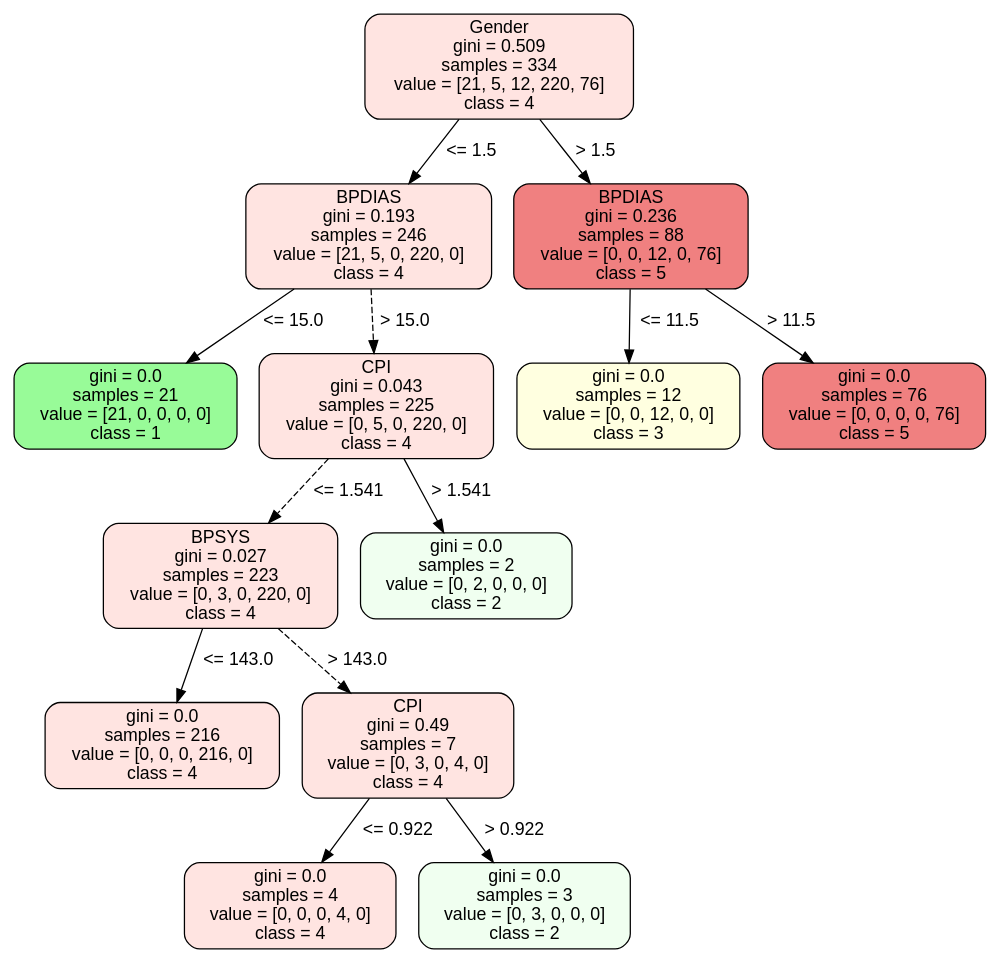
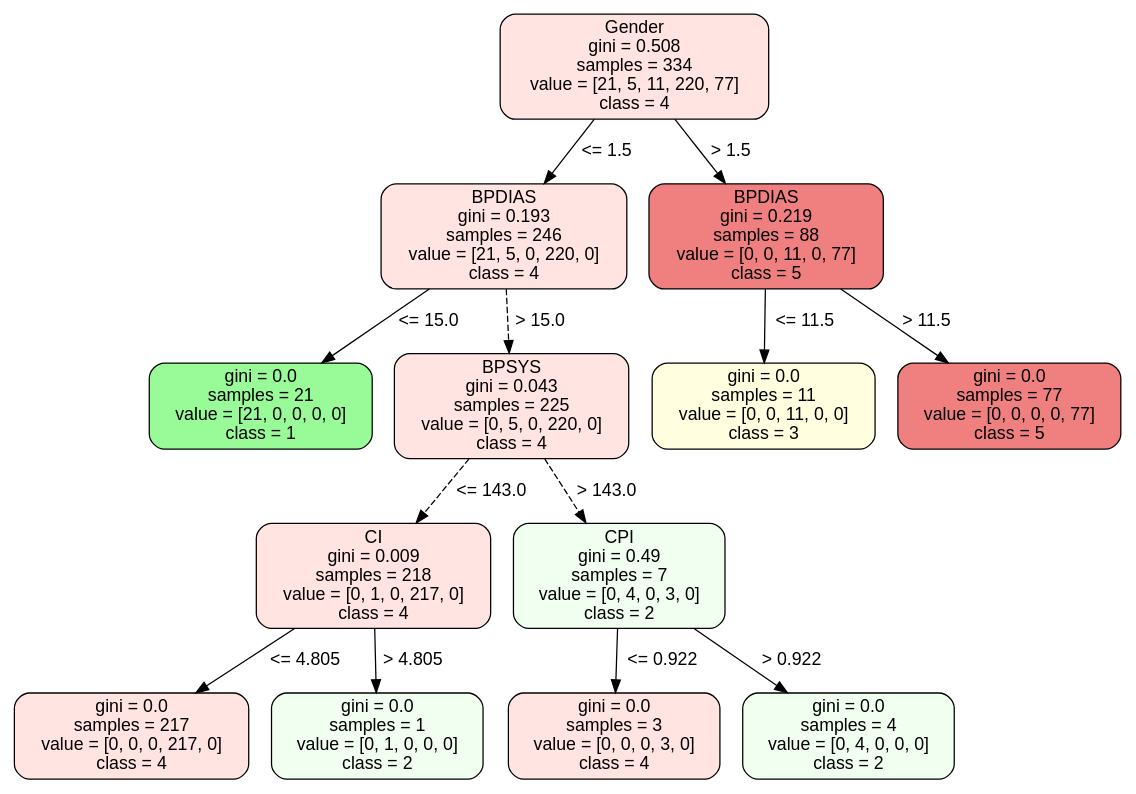
The diagram in TreeFiles/AC_Hemo_Death.dot (jozieLamp/CARNA), drawn with Graphviz before and after one commit. The commit also changed 26 other files, not shown here.

```diff
--- a/TreeFiles/AC_Hemo_Death.dot
+++ b/TreeFiles/AC_Hemo_Death.dot
@@ -1,151 +1,151 @@
 strict digraph Tree {
-	graph [bb="0,0,651,738"];
+	graph [bb="0,0,744,604"];
 	node [color=black,
 		fontname=helvetica,
 		label="\N",
 		shape=box,
 		style="filled, rounded"
 	];
 	edge [fontname=helvetica];
 	0	[fillcolor=mistyrose,
 		height=1.1528,
-		label="Gender\ngini = 0.509\nsamples = 334\nvalue = [21, 5, 12, 220, 76]\nclass = 4",
-		pos="325.5,696.5",
+		label="Gender\ngini = 0.508\nsamples = 334\nvalue = [21, 5, 11, 220, 77]\nclass = 4",
+		pos="418.5,562.5",
 		width=2.4583];
 	1	[fillcolor=mistyrose,
 		height=1.1528,
 		label="BPDIAS\ngini = 0.193\nsamples = 246\nvalue = [21, 5, 0, 220, 0]\nclass = 4",
-		pos="237.5,562.5",
+		pos="330.5,428.5",
 		width=2.25];
 	0 -> 1	[label="<= 1.5",
 		labelangle=45,
 		labeldistance=2.5,
-		lp="304.5,629.5",
+		lp="397.5,495.5",
 		op="<=",
 		param=1.5,
-		pos="e,264.68,604.27 298.38,654.82 289.51,641.52 279.57,626.6 270.33,612.74",
+		pos="e,357.68,470.27 391.38,520.82 382.51,507.52 372.57,492.6 363.33,478.74",
 		style=solid];
 	10	[fillcolor=lightcoral,
 		height=1.1528,
-		label="BPDIAS\ngini = 0.236\nsamples = 88\nvalue = [0, 0, 12, 0, 76]\nclass = 5",
-		pos="414.5,562.5",
+		label="BPDIAS\ngini = 0.219\nsamples = 88\nvalue = [0, 0, 11, 0, 77]\nclass = 5",
+		pos="507.5,428.5",
 		width=2.1528];
 	0 -> 10	[label="> 1.5",
 		labelangle=-45,
 		labeldistance=2.5,
-		lp="389,629.5",
+		lp="482,495.5",
 		op=">",
 		param=1.5,
-		pos="e,387.01,604.27 352.93,654.82 361.9,641.52 371.95,626.6 381.3,612.74",
+		pos="e,480.01,470.27 445.93,520.82 454.9,507.52 464.95,492.6 474.3,478.74",
 		style=solid];
 	2	[fillcolor=palegreen,
 		height=0.94444,
 		label="gini = 0.0\nsamples = 21\nvalue = [21, 0, 0, 0, 0]\nclass = 1",
-		pos="73.5,428.5",
+		pos="166.5,294.5",
 		width=2.0417];
 	1 -> 2	[label="<= 15.0",
-		lp="184,495.5",
+		lp="277,361.5",
 		op="<=",
 		param=15.0,
-		pos="e,114.54,462.53 186.96,520.82 166.43,504.3 142.81,485.29 122.46,468.9",
+		pos="e,207.54,328.53 279.96,386.82 259.43,370.3 235.81,351.29 215.46,334.9",
 		style=solid];
 	3	[fillcolor=mistyrose,
 		height=1.1528,
-		label="CPI\ngini = 0.043\nsamples = 225\nvalue = [0, 5, 0, 220, 0]\nclass = 4",
-		pos="242.5,428.5",
+		label="BPSYS\ngini = 0.043\nsamples = 225\nvalue = [0, 5, 0, 220, 0]\nclass = 4",
+		pos="335.5,294.5",
 		width=2.1528];
 	1 -> 3	[label="> 15.0",
-		lp="260,495.5",
+		lp="353,361.5",
 		op=">",
 		param=15.0,
-		pos="e,240.96,470.27 239.04,520.82 239.53,508.02 240.07,493.73 240.58,480.32",
+		pos="e,333.96,336.27 332.04,386.82 332.53,374.02 333.07,359.73 333.58,346.32",
 		style=dashed];
 	4	[fillcolor=mistyrose,
 		height=1.1528,
-		label="BPSYS\ngini = 0.027\nsamples = 223\nvalue = [0, 3, 0, 220, 0]\nclass = 4",
-		pos="137.5,294.5",
+		label="CI\ngini = 0.009\nsamples = 218\nvalue = [0, 1, 0, 217, 0]\nclass = 4",
+		pos="241.5,160.5",
 		width=2.1528];
-	3 -> 4	[label="<= 1.541",
-		lp="221,361.5",
+	3 -> 4	[label="<= 143.0",
+		lp="319,227.5",
 		op="<=",
-		param=1.541,
-		pos="e,169.93,336.27 210.14,386.82 199.46,373.39 187.47,358.32 176.36,344.35",
+		param=143.0,
+		pos="e,270.54,202.27 306.53,252.82 297.06,239.52 286.44,224.6 276.57,210.74",
 		style=dashed];
+	7	[fillcolor=honeydew,
+		height=1.1528,
+		label="CPI\ngini = 0.49\nsamples = 7\nvalue = [0, 4, 0, 3, 0]\nclass = 2",
+		pos="407.5,160.5",
+		width=1.9444];
+	3 -> 7	[label="> 143.0",
+		lp="397.5,227.5",
+		op=">",
+		param=143.0,
+		pos="e,385.26,202.27 357.69,252.82 364.88,239.64 372.93,224.89 380.43,211.14",
+		style=dashed];
+	5	[fillcolor=mistyrose,
+		height=0.94444,
+		label="gini = 0.0\nsamples = 217\nvalue = [0, 0, 0, 217, 0]\nclass = 4",
+		pos="77.5,34",
+		width=2.1528];
+	4 -> 5	[label="<= 4.805",
+		lp="192,93.5",
+		op="<=",
+		param=4.805,
+		pos="e,121.2,68.177 187.8,118.73 169,104.46 147.94,88.477 129.3,74.327",
+		style=solid];
+	6	[fillcolor=honeydew,
+		height=0.94444,
+		label="gini = 0.0\nsamples = 1\nvalue = [0, 1, 0, 0, 0]\nclass = 2",
+		pos="243.5,34",
+		width=1.9444];
+	4 -> 6	[label="> 4.805",
+		lp="266.5,93.5",
+		op=">",
+		param=4.805,
+		pos="e,242.96,68.379 242.15,118.73 242.36,105.86 242.59,91.597 242.8,78.541",
+		style=solid];
+	8	[fillcolor=mistyrose,
+		height=0.94444,
+		label="gini = 0.0\nsamples = 3\nvalue = [0, 0, 0, 3, 0]\nclass = 4",
+		pos="403.5,34",
+		width=1.9444];
+	7 -> 8	[label="<= 0.922",
+		lp="434,93.5",
+		op="<=",
+		param=0.922,
+		pos="e,404.57,68.379 406.19,118.73 405.78,105.86 405.32,91.597 404.9,78.541",
+		style=solid];
 	9	[fillcolor=honeydew,
 		height=0.94444,
-		label="gini = 0.0\nsamples = 2\nvalue = [0, 2, 0, 0, 0]\nclass = 2",
-		pos="303.5,294.5",
+		label="gini = 0.0\nsamples = 4\nvalue = [0, 4, 0, 0, 0]\nclass = 2",
+		pos="561.5,34",
 		width=1.9444];
-	3 -> 9	[label="> 1.541",
-		lp="298.5,361.5",
-		op=">",
-		param=1.541,
-		pos="e,288.14,328.74 261.3,386.82 268.43,371.39 276.57,353.78 283.78,338.17",
-		style=solid];
-	5	[fillcolor=mistyrose,
-		height=0.94444,
-		label="gini = 0.0\nsamples = 216\nvalue = [0, 0, 0, 216, 0]\nclass = 4",
-		pos="98.5,160.5",
-		width=2.1528];
-	4 -> 5	[label="<= 143.0",
-		lp="147,227.5",
-		op="<=",
-		param=143.0,
-		pos="e,108.32,194.74 125.48,252.82 120.96,237.53 115.82,220.11 111.24,204.61",
-		style=solid];
-	6	[fillcolor=mistyrose,
-		height=1.1528,
-		label="CPI\ngini = 0.49\nsamples = 7\nvalue = [0, 3, 0, 4, 0]\nclass = 4",
-		pos="264.5,160.5",
-		width=1.9444];
-	4 -> 6	[label="> 143.0",
-		lp="228.5,227.5",
-		op=">",
-		param=143.0,
-		pos="e,225.27,202.27 176.64,252.82 189.8,239.14 204.6,223.76 218.25,209.57",
-		style=dashed];
-	7	[fillcolor=mistyrose,
-		height=0.94444,
-		label="gini = 0.0\nsamples = 4\nvalue = [0, 0, 0, 4, 0]\nclass = 4",
-		pos="185.5,34",
-		width=1.9444];
-	6 -> 7	[label="<= 0.922",
-		lp="255,93.5",
-		op="<=",
-		param=0.922,
-		pos="e,206.68,68.379 238.63,118.73 230.14,105.35 220.69,90.465 212.15,76.995",
-		style=solid];
-	8	[fillcolor=honeydew,
-		height=0.94444,
-		label="gini = 0.0\nsamples = 3\nvalue = [0, 3, 0, 0, 0]\nclass = 2",
-		pos="343.5,34",
-		width=1.9444];
-	6 -> 8	[label="> 0.922",
-		lp="334.5,93.5",
+	7 -> 9	[label="> 0.922",
+		lp="521.5,93.5",
 		op=">",
 		param=0.922,
-		pos="e,322.32,68.379 290.37,118.73 298.86,105.35 308.31,90.465 316.85,76.995",
+		pos="e,520.46,68.177 457.93,118.73 475.5,104.53 495.17,88.62 512.62,74.517",
 		style=solid];
 	11	[fillcolor=lightyellow,
 		height=0.94444,
-		label="gini = 0.0\nsamples = 12\nvalue = [0, 0, 12, 0, 0]\nclass = 3",
-		pos="412.5,428.5",
+		label="gini = 0.0\nsamples = 11\nvalue = [0, 0, 11, 0, 0]\nclass = 3",
+		pos="505.5,294.5",
 		width=2.0417];
 	10 -> 11	[label="<= 11.5",
-		lp="438,495.5",
+		lp="531,361.5",
 		op="<=",
 		param=11.5,
-		pos="e,413,462.74 413.88,520.82 413.65,505.68 413.39,488.44 413.16,473.05",
+		pos="e,506,328.74 506.88,386.82 506.65,371.68 506.39,354.44 506.16,339.05",
 		style=solid];
 	12	[fillcolor=lightcoral,
 		height=0.94444,
-		label="gini = 0.0\nsamples = 76\nvalue = [0, 0, 0, 0, 76]\nclass = 5",
-		pos="577.5,428.5",
+		label="gini = 0.0\nsamples = 77\nvalue = [0, 0, 0, 0, 77]\nclass = 5",
+		pos="670.5,294.5",
 		width=2.0417];
 	10 -> 12	[label="> 11.5",
-		lp="521,495.5",
+		lp="614,361.5",
 		op=">",
 		param=11.5,
-		pos="e,536.71,462.53 464.74,520.82 485.13,504.3 508.61,485.29 528.84,468.9",
+		pos="e,629.71,328.53 557.74,386.82 578.13,370.3 601.61,351.29 621.84,334.9",
 		style=solid];
 }
```
